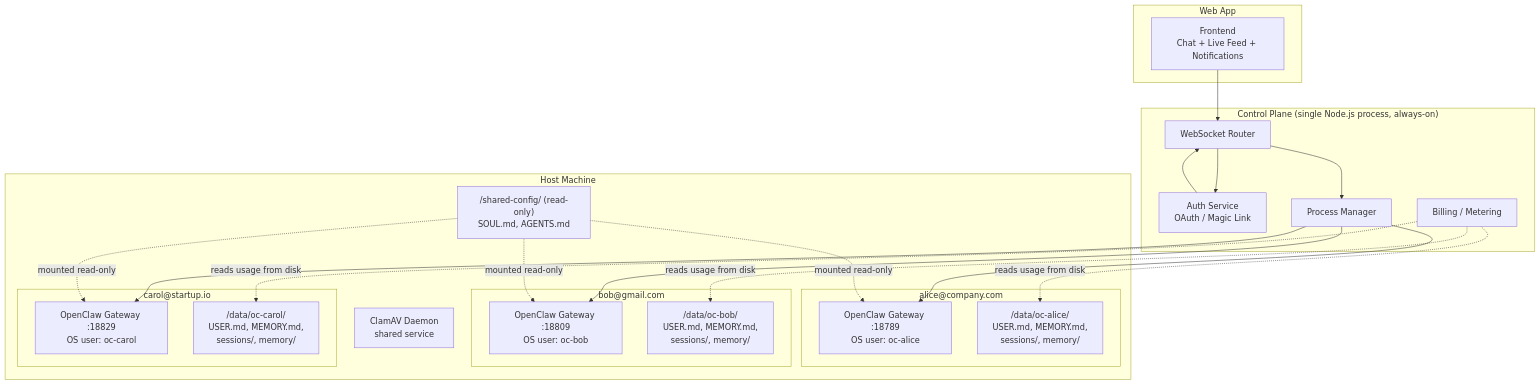
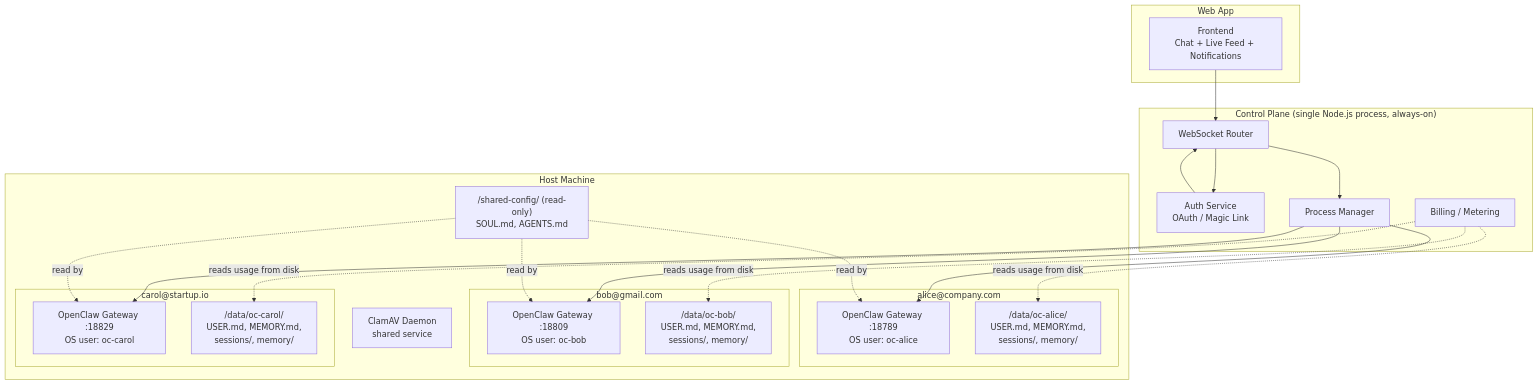
Before and after one commit to 1qh/claw: the first of 5 diagrams in brainstorm/architecture.md, drawn with Mermaid. The commit also changed other lines of this file and 1 other file, not shown here.

Commit message:
Fix remaining inconsistencies: lookup table fields, mounted language, idle state

````diff
--- a/brainstorm/architecture.md
+++ b/brainstorm/architecture.md
@@ -19,39 +19,39 @@
 ```mermaid
 graph TB
     subgraph "Web App"
         FE[Frontend<br/>Chat + Live Feed + Notifications]
     end
 
     subgraph "Control Plane (single Node.js process, always-on)"
         AUTH[Auth Service<br/>OAuth / Magic Link]
         ROUTER[WebSocket Router]
         PM[Process Manager]
         METER[Billing / Metering]
     end
 
     subgraph "Host Machine"
         subgraph "alice@company.com"
             GW1["OpenClaw Gateway :18789<br/>OS user: oc-alice"]
             WS1["/data/oc-alice/<br/>USER.md, MEMORY.md,<br/>sessions/, memory/"]
         end
         subgraph "bob@gmail.com"
             GW2["OpenClaw Gateway :18809<br/>OS user: oc-bob"]
             WS2["/data/oc-bob/<br/>USER.md, MEMORY.md,<br/>sessions/, memory/"]
         end
         subgraph "carol@startup.io"
             GW3["OpenClaw Gateway :18829<br/>OS user: oc-carol"]
             WS3["/data/oc-carol/<br/>USER.md, MEMORY.md,<br/>sessions/, memory/"]
         end
 
         SHARED["/shared-config/ (read-only)<br/>SOUL.md, AGENTS.md"]
         CLAM[ClamAV Daemon<br/>shared service]
     end
 
     FE --> ROUTER
     ROUTER --> AUTH
     AUTH --> ROUTER
     ROUTER --> PM
     PM --> GW1 & GW2 & GW3
     METER -.->|reads usage from disk| WS1 & WS2 & WS3
-    SHARED -.->|mounted read-only| GW1 & GW2 & GW3
+    SHARED -.->|read by| GW1 & GW2 & GW3
 ```
````
